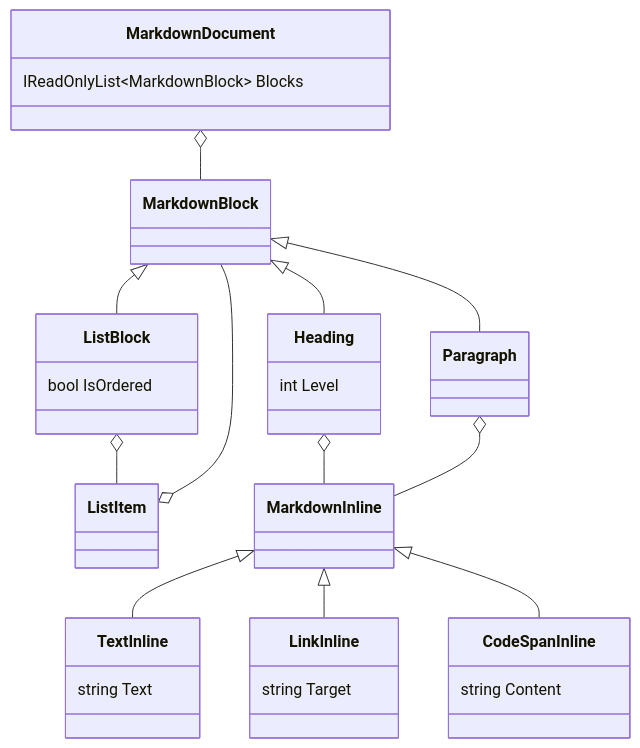
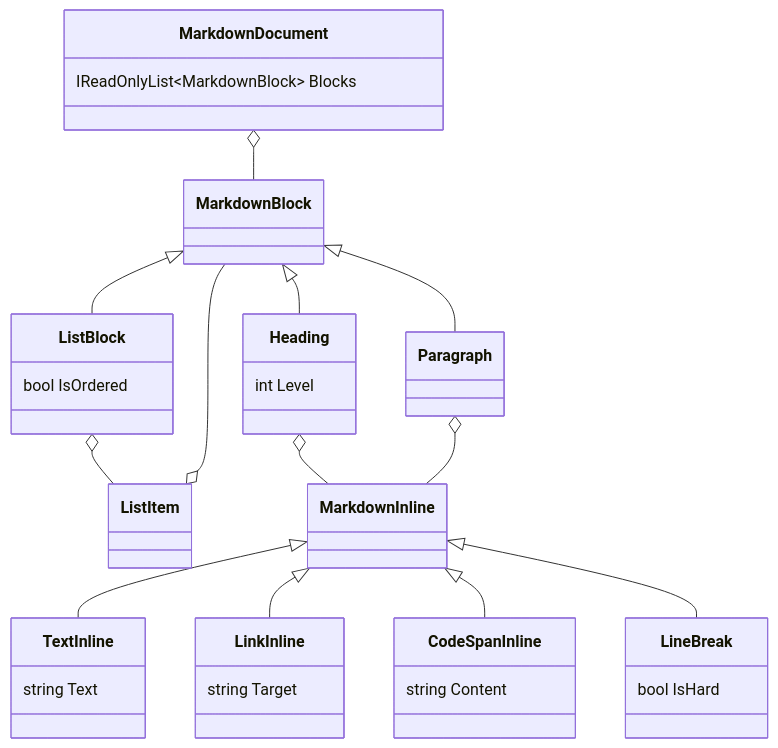
One commit to pengzhengyi/godot-dialoguedown changed the second of 2 diagrams in docs/Implementation Notes/Markdown Front-End.md. Above: the diagram before and after it, drawn with Mermaid. The commit also changed other lines of this file and 5 other files, not shown here.

First line of the commit message:
feat(markdown): preserve line breaks with hard/soft flag

````diff
--- a/docs/Implementation Notes/Markdown Front-End.md
+++ b/docs/Implementation Notes/Markdown Front-End.md
@@ -113,27 +117,29 @@
 ```mermaid
 classDiagram
     class MarkdownDocument {
         IReadOnlyList~MarkdownBlock~ Blocks
     }
     class MarkdownBlock
     class Heading { int Level }
     class Paragraph
     class ListBlock { bool IsOrdered }
     class ListItem
     class MarkdownInline
     class TextInline { string Text }
     class LinkInline { string Target }
     class CodeSpanInline { string Content }
+    class LineBreak { bool IsHard }
 
     MarkdownDocument o-- MarkdownBlock
     MarkdownBlock <|-- Heading
     MarkdownBlock <|-- Paragraph
     MarkdownBlock <|-- ListBlock
     ListBlock o-- ListItem
     ListItem o-- MarkdownBlock
     Heading o-- MarkdownInline
     Paragraph o-- MarkdownInline
     MarkdownInline <|-- TextInline
     MarkdownInline <|-- LinkInline
     MarkdownInline <|-- CodeSpanInline
+    MarkdownInline <|-- LineBreak
 ```
````
